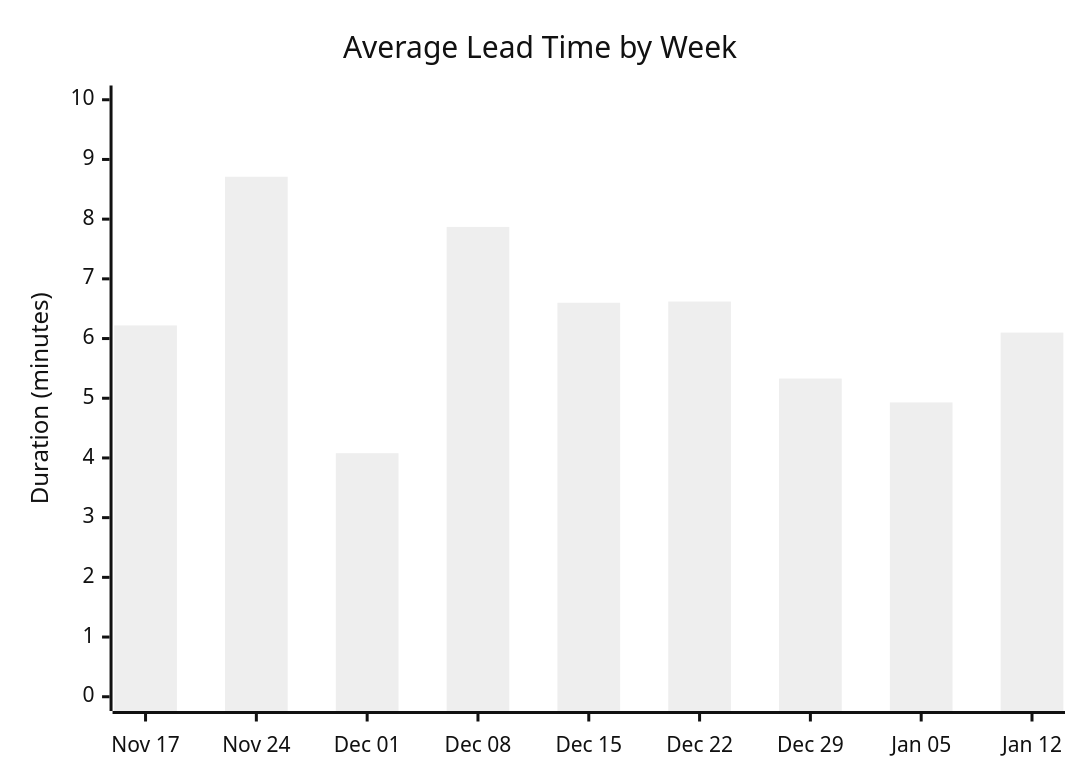
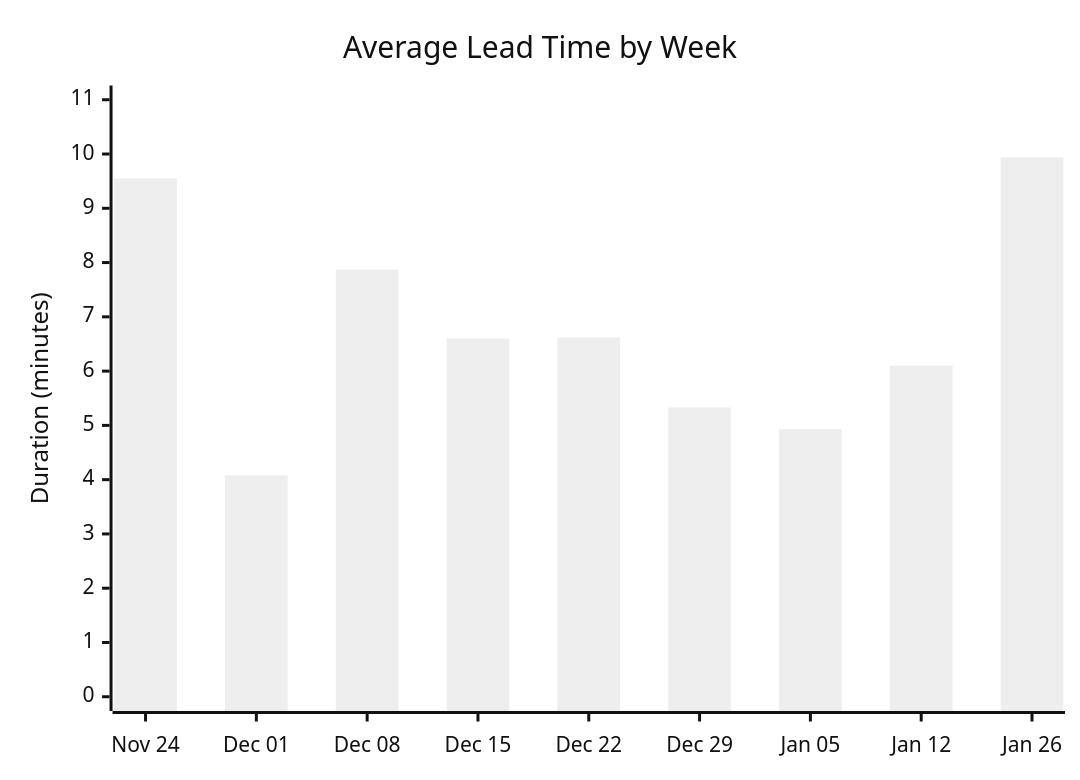
One commit to ukma-cs-ssdm-2025/rate-ukma changed the second of 4 diagrams in docs/ci-cd/dora-summary.md. Above: the diagram before and after it, drawn with Mermaid (neutral theme). The commit also changed other lines of this file, not shown here.

````diff
--- a/docs/ci-cd/dora-summary.md
+++ b/docs/ci-cd/dora-summary.md
@@ -26,7 +31,7 @@
 ```mermaid
 xychart-beta
     title "Average Lead Time by Week"
-    x-axis ["Nov 17", "Nov 24", "Dec 01", "Dec 08", "Dec 15", "Dec 22", "Dec 29", "Jan 05", "Jan 12"]
-    y-axis "Duration (minutes)" 0 --> 10
-    bar [6.22, 8.71, 4.08, 7.87, 6.60, 6.62, 5.33, 4.93, 6.10]
+    x-axis ["Nov 24", "Dec 01", "Dec 08", "Dec 15", "Dec 22", "Dec 29", "Jan 05", "Jan 12", "Jan 26"]
+    y-axis "Duration (minutes)" 0 --> 11
+    bar [9.55, 4.08, 7.87, 6.60, 6.62, 5.33, 4.93, 6.10, 9.94]
 ```
````
